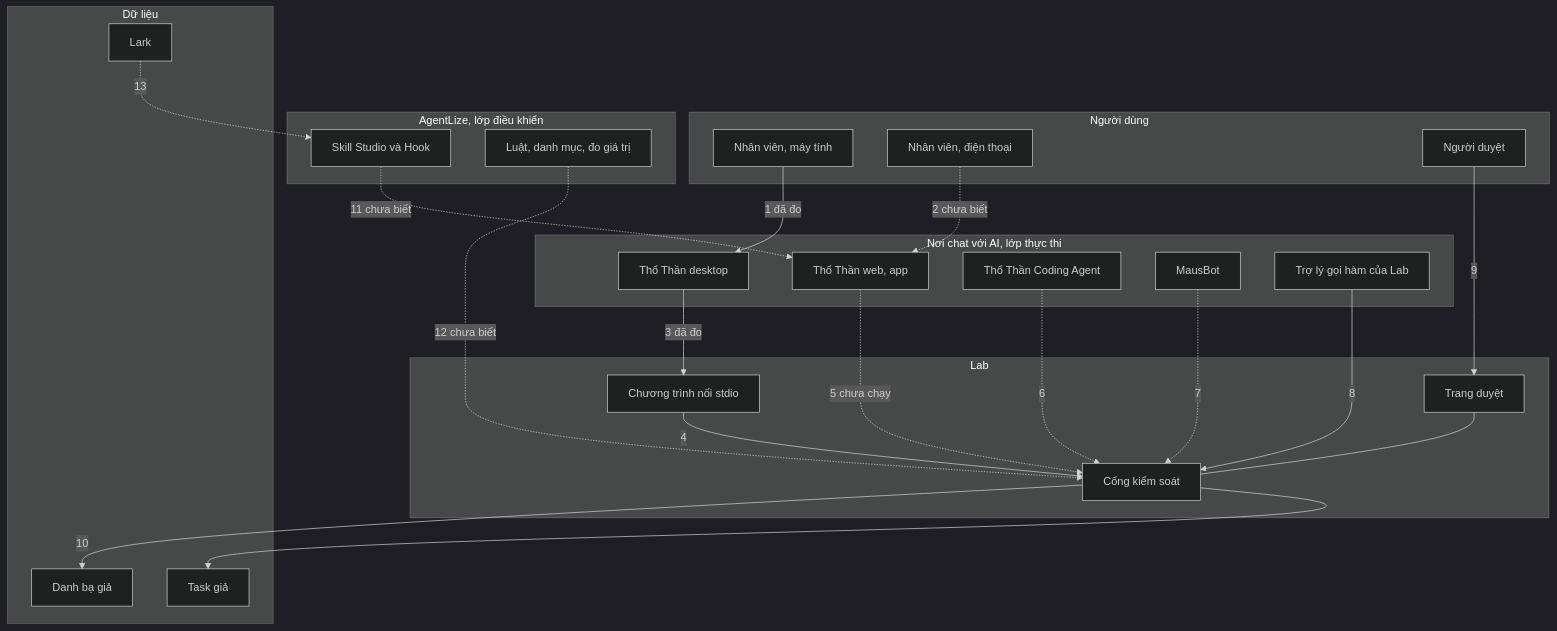
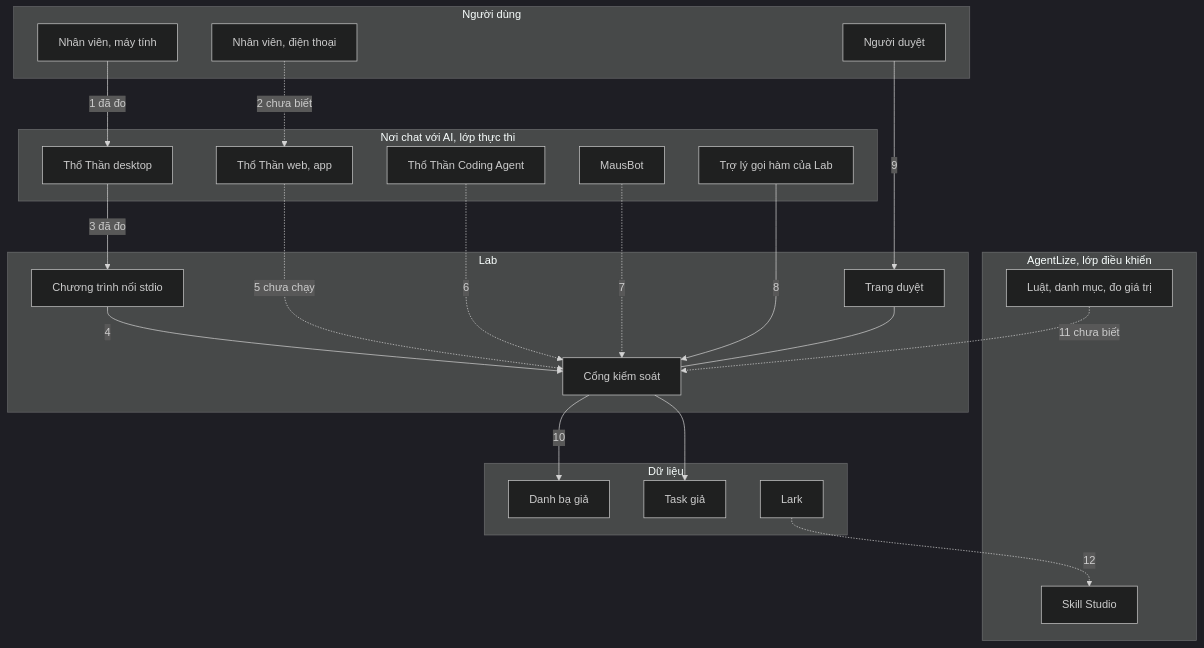
Before and after one commit to Park-Hip/agentlize-intern: the diagram in rd/design/system-map.md, drawn with Mermaid (dark theme). The commit also changed other lines of this file and 7 other files, not shown here.

````diff
--- a/rd/design/system-map.md
+++ b/rd/design/system-map.md
@@ -55,44 +55,43 @@
 ```mermaid
 flowchart TB
     subgraph USERS["Người dùng"]
         PC["Nhân viên, máy tính"]
         PH["Nhân viên, điện thoại"]
         AP["Người duyệt"]
     end
     subgraph AL["AgentLize, lớp điều khiển"]
-        HK["Skill Studio và Hook"]
+        HK["Skill Studio"]
         CT["Luật, danh mục, đo giá trị"]
     end
     subgraph EXEC["Nơi chat với AI, lớp thực thi"]
         TD["Thổ Thần desktop"]
         TW["Thổ Thần web, app"]
         TC["Thổ Thần Coding Agent"]
         MB["MausBot"]
         FC["Trợ lý gọi hàm của Lab"]
     end
     subgraph LAB["Lab"]
         AD["Chương trình nối stdio"]
         GW["Cổng kiểm soát"]
         PG["Trang duyệt"]
     end
     subgraph DATA["Dữ liệu"]
         DS["Danh bạ giả"]
         TS["Task giả"]
         LK["Lark"]
     end
     PC -->|"1 đã đo"| TD
     PH -.->|"2 chưa biết"| TW
     TD -->|"3 đã đo"| AD
     AD -->|"4"| GW
     TW -.->|"5 chưa chạy"| GW
     TC -.->|"6"| GW
     MB -.->|"7"| GW
     FC -->|"8"| GW
     AP -->|"9"| PG
     PG --- GW
     GW -->|"10"| DS
     GW --> TS
-    HK -.->|"11 chưa biết"| TW
-    CT -.->|"12 chưa biết"| GW
-    LK -.->|"13"| HK
+    CT -.->|"11 chưa biết"| GW
+    LK -.->|"12"| HK
 ```
````
